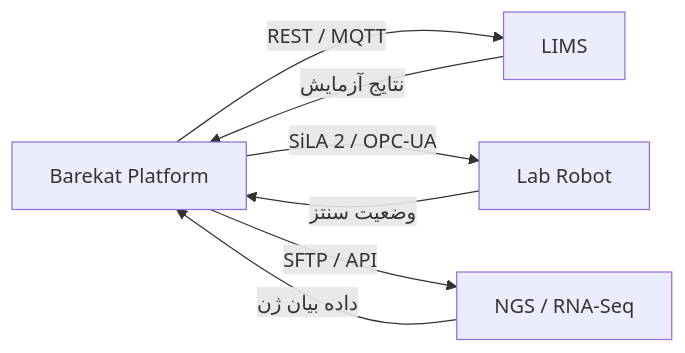
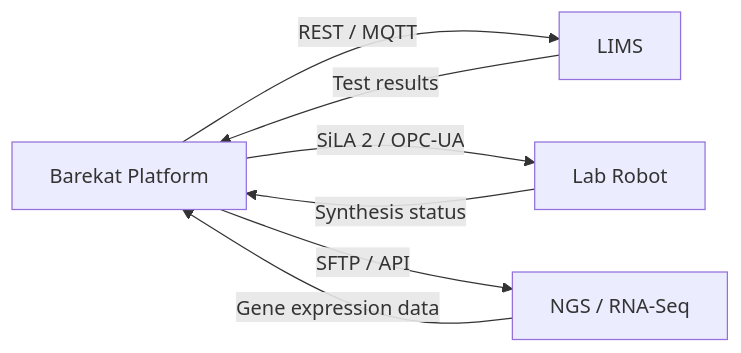
Before and after one commit to parsasohrab1/barekat-gen-therapy: the ninth of 10 diagrams in docs/ARCHITECTURE.md, drawn with Mermaid. The commit also changed other lines of this file and 21 other files, not shown here.

````diff
--- a/docs/ARCHITECTURE.md
+++ b/docs/ARCHITECTURE.md
@@ -583,10 +583,10 @@
 ```mermaid
 graph LR
     Platform[Barekat Platform] -->|REST / MQTT| LIMS[LIMS]
     Platform -->|SiLA 2 / OPC-UA| Robot[Lab Robot]
     Platform -->|SFTP / API| Sequencer[NGS / RNA-Seq]
     
-    LIMS -->|نتایج آزمایش| Platform
-    Robot -->|وضعیت سنتز| Platform
-    Sequencer -->|داده بیان ژن| Platform
+    LIMS -->|Test results| Platform
+    Robot -->|Synthesis status| Platform
+    Sequencer -->|Gene expression data| Platform
 ```
````
